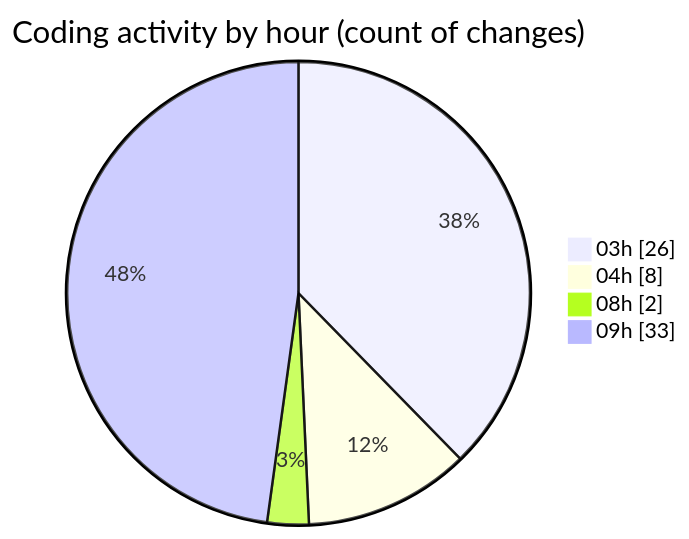
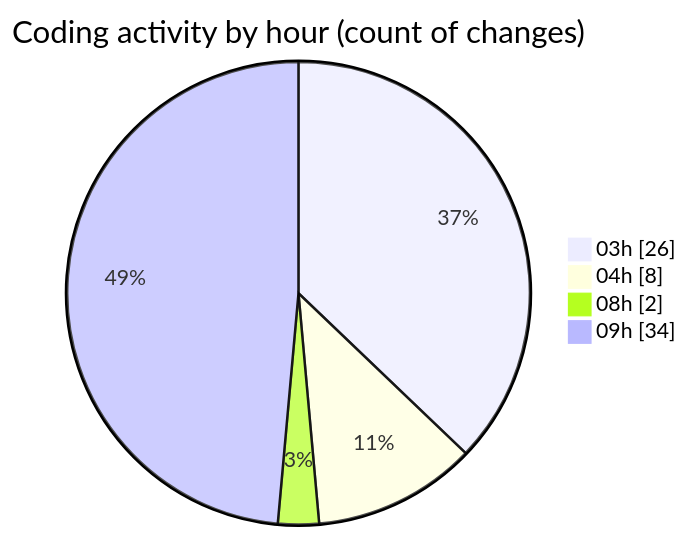
One commit to JenPaints/code-tracking changed the second of 2 diagrams in 2025-06-20/modeljsondesigner/README.md. Above: the diagram before and after it, drawn with Mermaid. The commit also changed other lines of this file and 1 other file, not shown here.

````diff
--- a/2025-06-20/modeljsondesigner/README.md
+++ b/2025-06-20/modeljsondesigner/README.md
@@ -47,8 +47,8 @@
 ```mermaid
 pie showData
 title Coding activity by hour (count of changes)
 "03h" : 26
 "04h" : 8
 "08h" : 2
-"09h" : 33
+"09h" : 34
 ```
````
